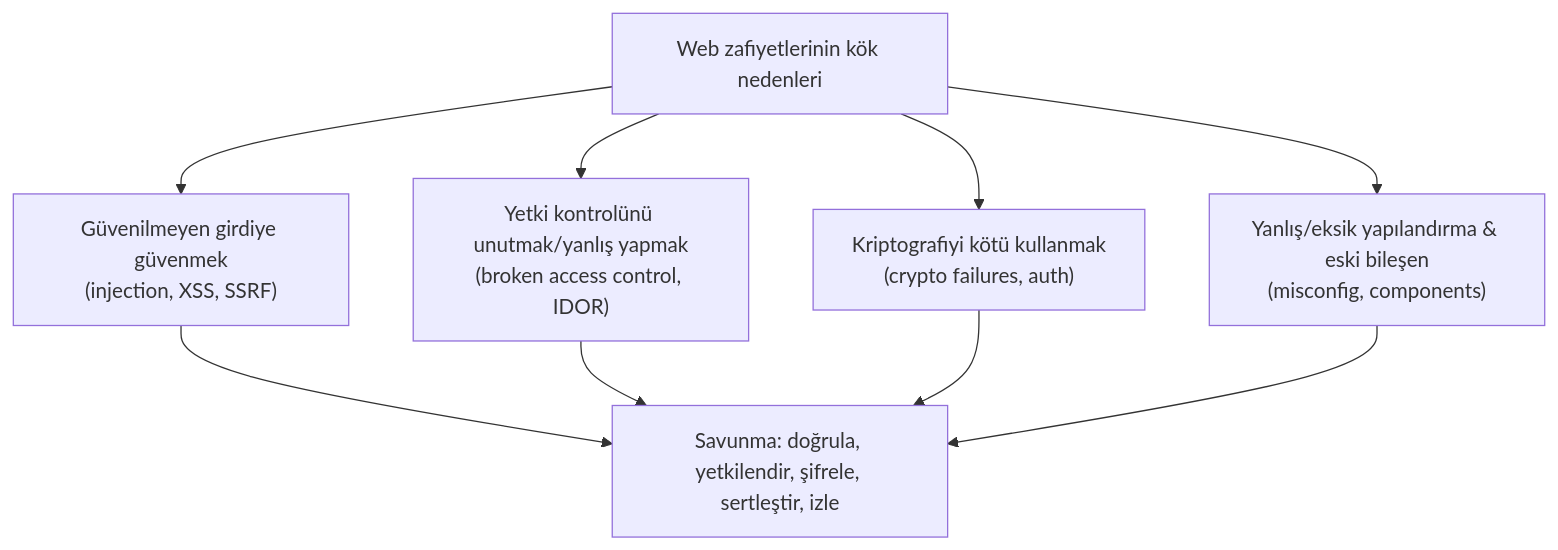
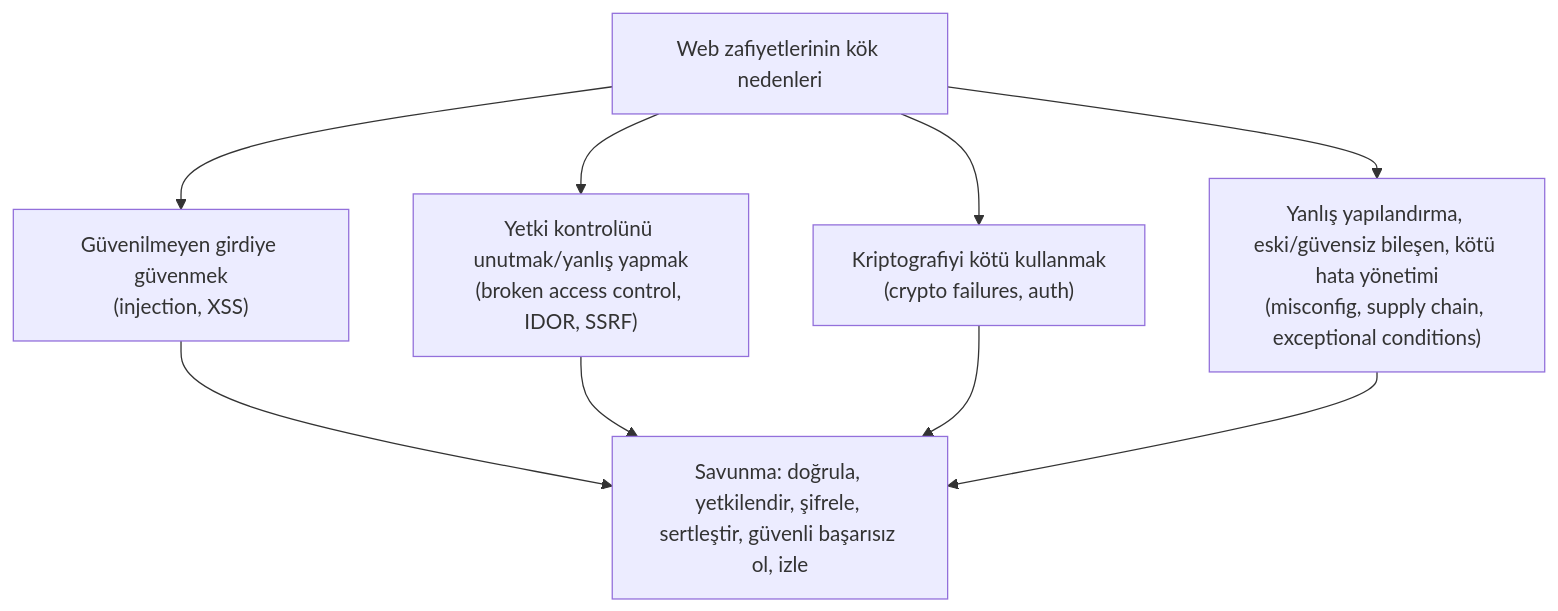
One commit to metinkarayagci-ITU/siber-guvenlik-temelleri changed the diagram in 04-web-guvenligi/owasp-top10-tam-rehber.md. Above: the diagram before and after it, drawn with Mermaid. The commit also changed other lines of this file and 12 other files, not shown here.

````diff
--- a/04-web-guvenligi/owasp-top10-tam-rehber.md
+++ b/04-web-guvenligi/owasp-top10-tam-rehber.md
@@ -114,9 +131,9 @@
 ```mermaid
 flowchart TD
     R["Web zafiyetlerinin kök nedenleri"]
-    R --> T["Güvenilmeyen girdiye güvenmek<br/>(injection, XSS, SSRF)"]
-    R --> A["Yetki kontrolünü unutmak/yanlış yapmak<br/>(broken access control, IDOR)"]
+    R --> T["Güvenilmeyen girdiye güvenmek<br/>(injection, XSS)"]
+    R --> A["Yetki kontrolünü unutmak/yanlış yapmak<br/>(broken access control, IDOR, SSRF)"]
     R --> K["Kriptografiyi kötü kullanmak<br/>(crypto failures, auth)"]
-    R --> C["Yanlış/eksik yapılandırma & eski bileşen<br/>(misconfig, components)"]
-    T & A & K & C --> D["Savunma: doğrula, yetkilendir, şifrele, sertleştir, izle"]
+    R --> C["Yanlış yapılandırma, eski/güvensiz bileşen, kötü hata yönetimi<br/>(misconfig, supply chain, exceptional conditions)"]
+    T & A & K & C --> D["Savunma: doğrula, yetkilendir, şifrele, sertleştir, güvenli başarısız ol, izle"]
 ```
````
